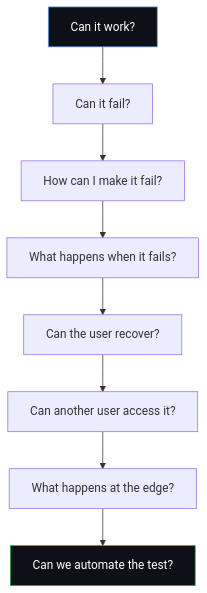
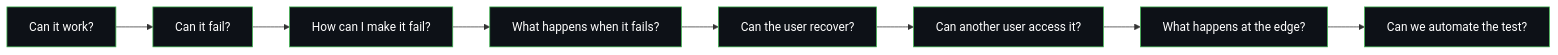
The eighth of 11 diagrams in README.md (IamKholofeloPhala/IamKholofeloPhala), drawn with Mermaid before and after one commit. The commit also changed other lines of this file, not shown here.

````diff
--- a/README.md
+++ b/README.md
@@ -253,13 +250,6 @@
 ```mermaid
-flowchart TD
-    Q1[Can it work?] --> Q2[Can it fail?]
-    Q2 --> Q3[How can I make it fail?]
-    Q3 --> Q4[What happens when it fails?]
-    Q4 --> Q5[Can the user recover?]
-    Q5 --> Q6[Can another user access it?]
-    Q6 --> Q7[What happens at the edge?]
-    Q7 --> Q8[Can we automate the test?]
-
-    style Q1 fill:#0d1117,stroke:#58A6FF,color:#fff
-    style Q8 fill:#0d1117,stroke:#2ea44f,color:#fff
+flowchart LR
+    Q1[Can it work?] --> Q2[Can it fail?] --> Q3[How can I make it fail?] --> Q4[What happens when it fails?] --> Q5[Can the user recover?] --> Q6[Can another user access it?] --> Q7[What happens at the edge?] --> Q8[Can we automate the test?]
+    classDef n fill:#0d1117,stroke:#3FB950,color:#fff
+    class Q1,Q2,Q3,Q4,Q5,Q6,Q7,Q8 n
 ```
````
